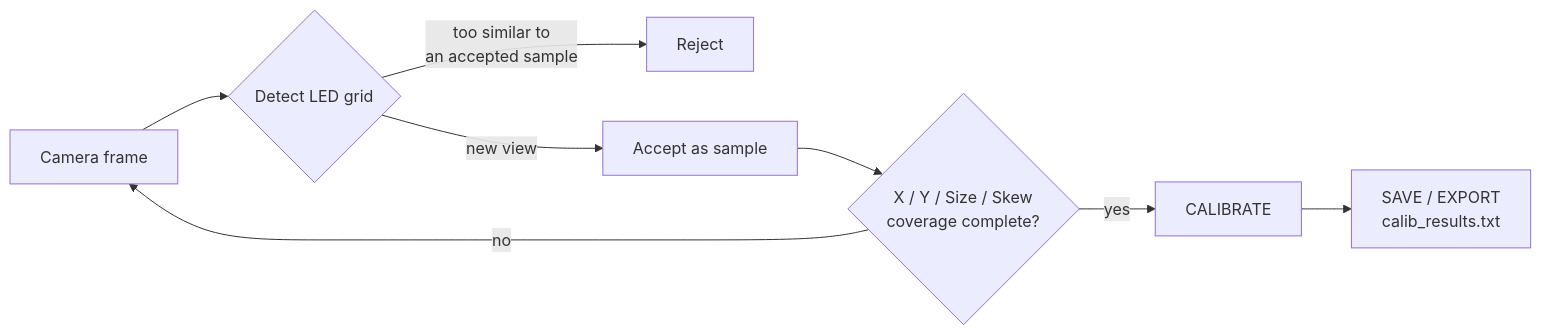
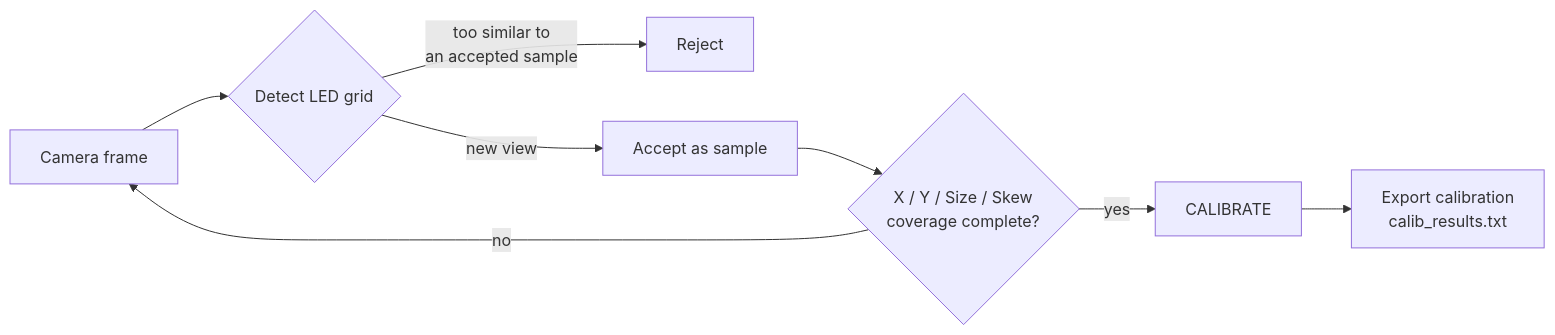
The diagram in README.md (fly4future/uvdar_calibrator), drawn with Mermaid before and after one commit. The commit also changed other lines of this file and 10 other files, not shown here.

````diff
--- a/README.md
+++ b/README.md
@@ -85,10 +85,10 @@
 ```mermaid
 flowchart LR
     A["Camera frame"] --> C{"Detect LED grid"}
     C -->|"too similar to<br/>an accepted sample"| D["Reject"]
     C -->|"new view"| E["Accept as sample"]
     E --> F{"X / Y / Size / Skew<br/>coverage complete?"}
     F -->|"no"| A
     F -->|"yes"| G["CALIBRATE"]
-    G --> H["SAVE / EXPORT<br/>calib_results.txt"]
+    G --> H["Export calibration<br/>calib_results.txt"]
 ```
````
